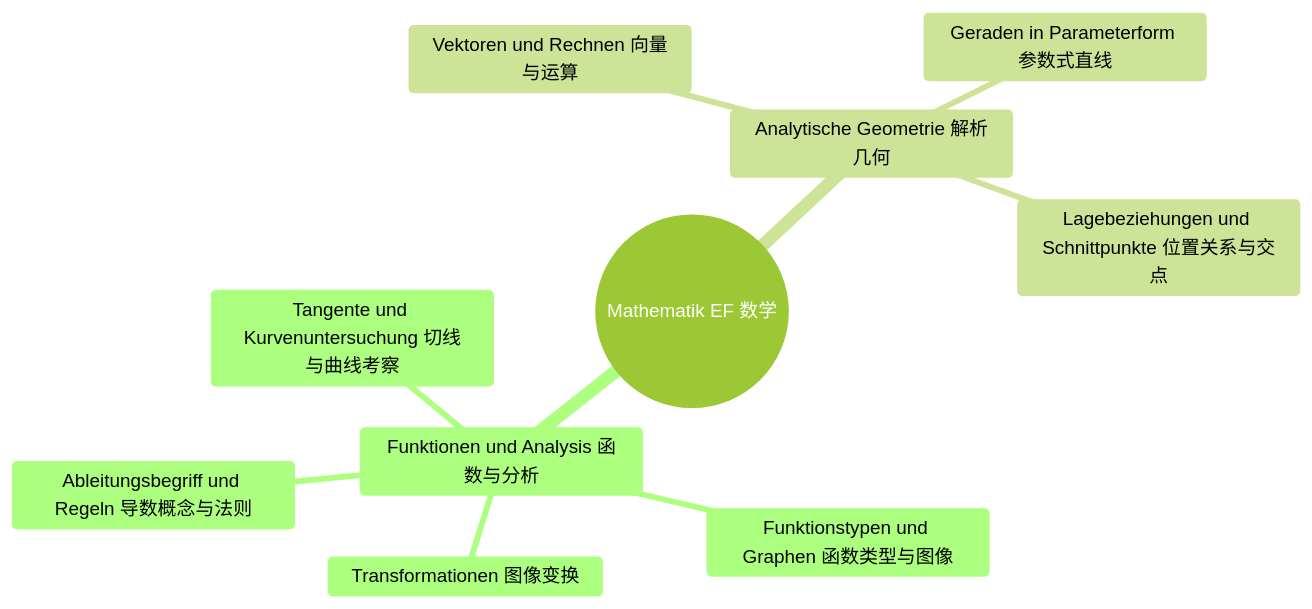
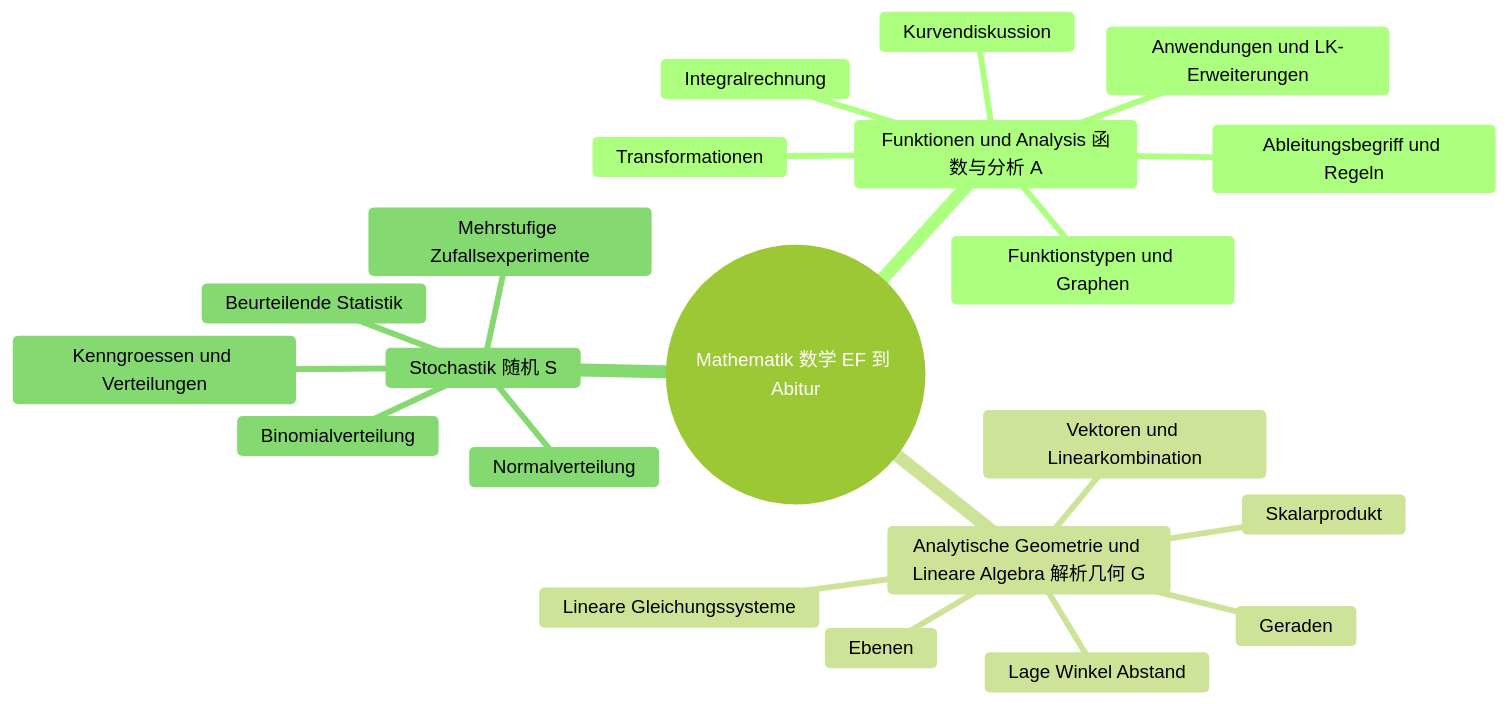
One commit to jjjjjjjjnnjnn/EF-GeWi-Lernvault changed the first of 4 diagrams in 00_META/Lernbaum/Lernbaum-Mathe.md. Above: the diagram before and after it, drawn with Mermaid (forest theme). The commit also changed other lines of this file and 5 other files, not shown here.

````diff
--- a/00_META/Lernbaum/Lernbaum-Mathe.md
+++ b/00_META/Lernbaum/Lernbaum-Mathe.md
@@ -17,13 +66,24 @@
 ```mermaid
 mindmap
-  root((Mathematik EF 数学))
-    Funktionen und Analysis 函数与分析
-      Funktionstypen und Graphen 函数类型与图像
-      Transformationen 图像变换
-      Ableitungsbegriff und Regeln 导数概念与法则
-      Tangente und Kurvenuntersuchung 切线与曲线考察
-    Analytische Geometrie 解析几何
-      Vektoren und Rechnen 向量与运算
-      Geraden in Parameterform 参数式直线
-      Lagebeziehungen und Schnittpunkte 位置关系与交点
+  root((Mathematik 数学 EF 到 Abitur))
+    Funktionen und Analysis 函数与分析 A
+      Funktionstypen und Graphen
+      Transformationen
+      Ableitungsbegriff und Regeln
+      Kurvendiskussion
+      Integralrechnung
+      Anwendungen und LK-Erweiterungen
+    Analytische Geometrie und Lineare Algebra 解析几何 G
+      Vektoren und Linearkombination
+      Geraden
+      Skalarprodukt
+      Ebenen
+      Lage Winkel Abstand
+      Lineare Gleichungssysteme
+    Stochastik 随机 S
+      Mehrstufige Zufallsexperimente
+      Kenngroessen und Verteilungen
+      Binomialverteilung
+      Beurteilende Statistik
+      Normalverteilung
 ```
````
